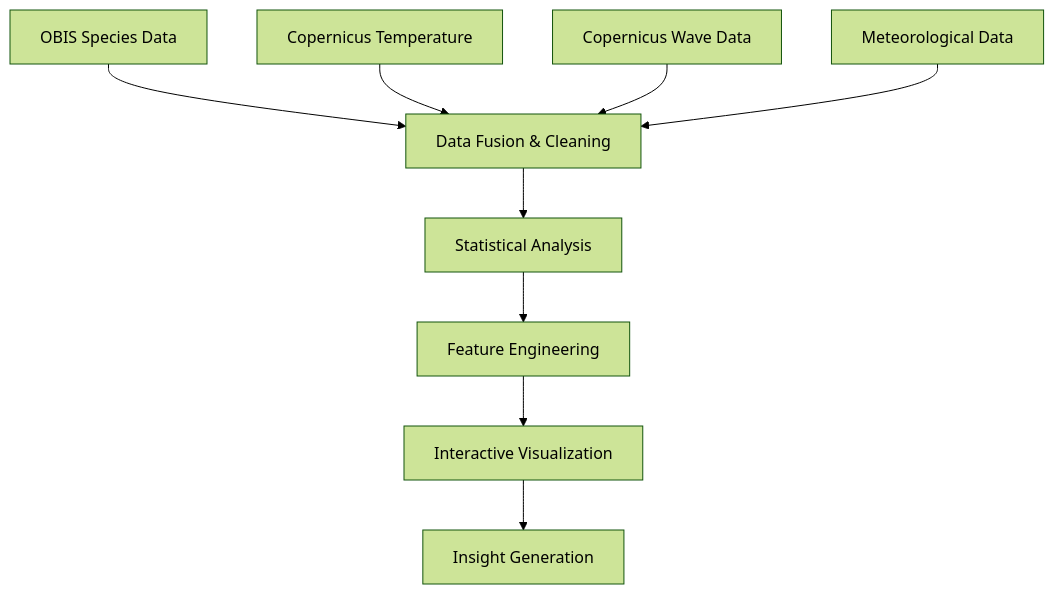
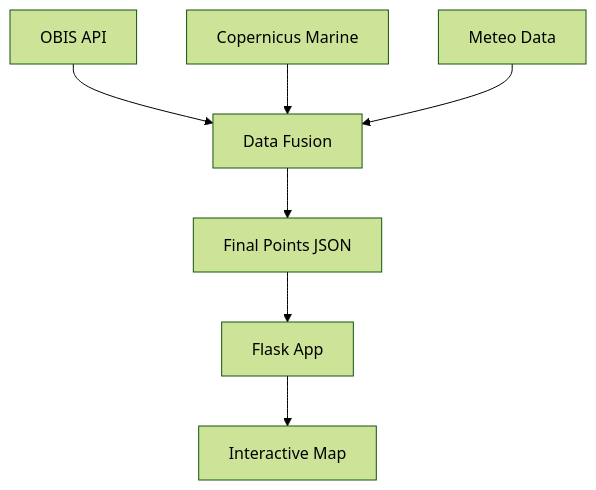
Before and after one commit to InesBahraoui22/BlueObserver: the first of 2 diagrams in README.md, drawn with Mermaid (forest theme). The commit also changed other lines of this file, not shown here.

Commit message:
Refactor README with updated diagrams and content
Updated mermaid diagrams and removed redundant sections in README.

````diff
--- a/README.md
+++ b/README.md
@@ -31,12 +22,10 @@
 ```mermaid
 graph TD
-    A[OBIS Species Data] --> E[Data Fusion & Cleaning]
-    B[Copernicus Temperature] --> E
-    C[Copernicus Wave Data] --> E
-    D[Meteorological Data] --> E
-    E --> F[Statistical Analysis]
-    F --> G[Feature Engineering]
-    G --> H[Interactive Visualization]
-    H --> I[Insight Generation] 
+   A[OBIS API] --> D[Data Fusion]
+    B[Copernicus Marine] --> D
+    C[Meteo Data] --> D
+    D --> E[Final Points JSON]
+    E --> F[Flask App]
+    F --> G[Interactive Map]
 
 ```
````
